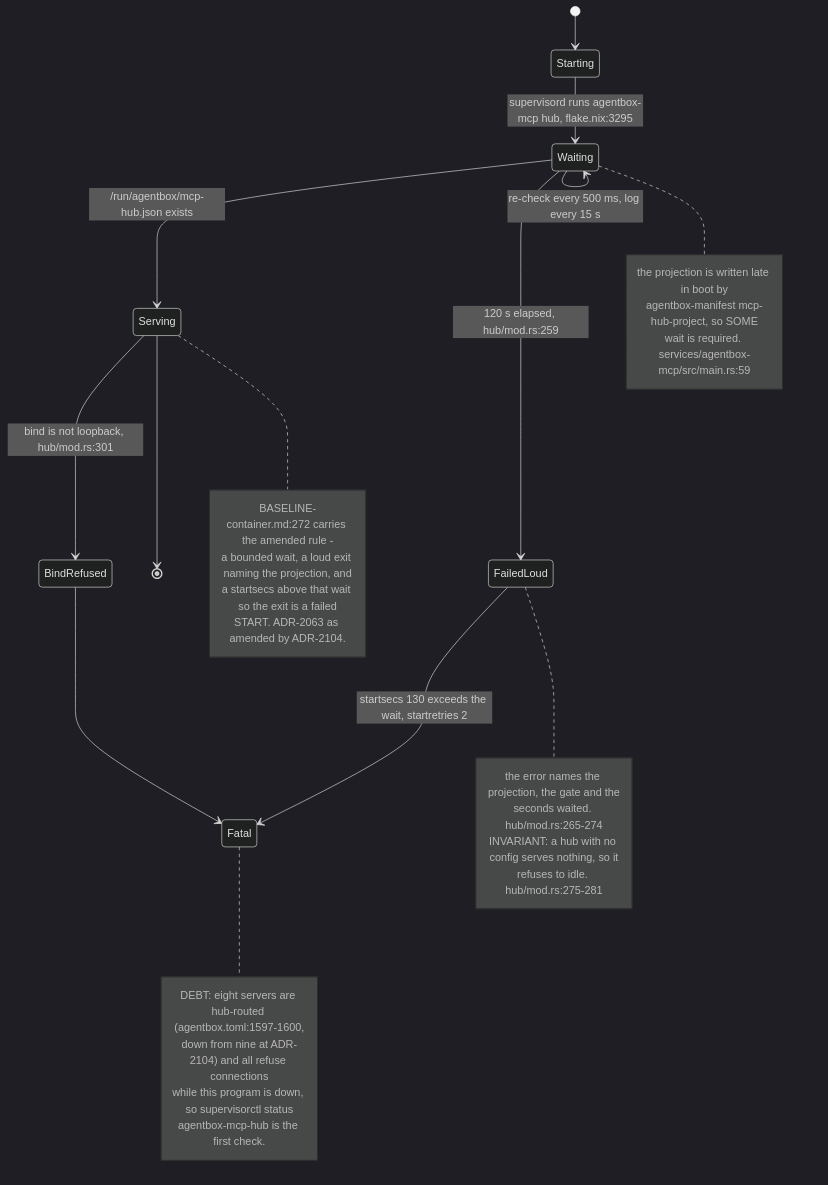
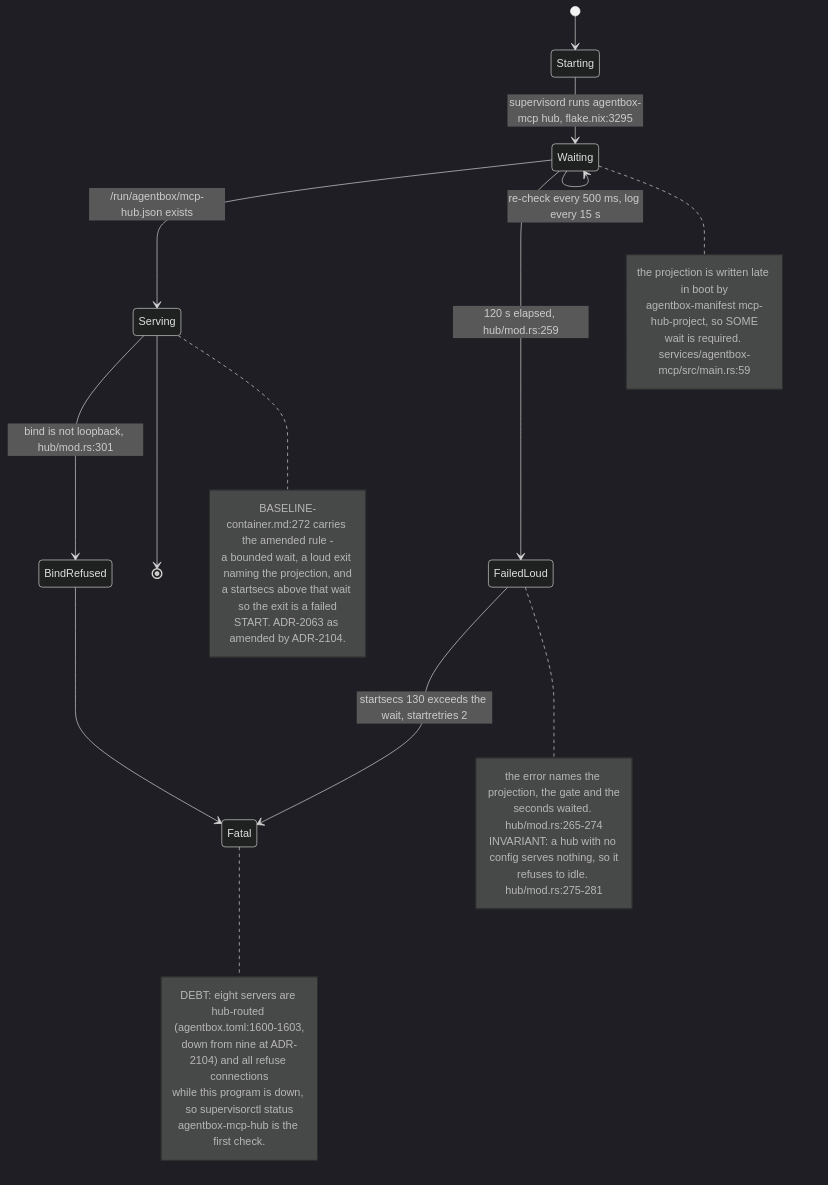
The seventh of 7 diagrams in docs/diagrams/agentbox/09-mcp-servers-catalogue.md (DreamLab-AI/VisionFlow), drawn with Mermaid (dark theme) before and after one commit. The commit also changed other lines of this file and 142 other files, not shown here.

First line of the commit message:
docs(diagrams): one System One route; re-verify 140 topics at today's heads

````diff
--- a/docs/diagrams/agentbox/09-mcp-servers-catalogue.md
+++ b/docs/diagrams/agentbox/09-mcp-servers-catalogue.md
@@ -224,35 +224,35 @@
 ```mermaid
 stateDiagram-v2
     [*] --> Starting
     Starting --> Waiting : supervisord runs agentbox-mcp hub, flake.nix:3295
     Waiting --> Serving : /run/agentbox/mcp-hub.json exists
     Waiting --> Waiting : re-check every 500 ms, log every 15 s
     Waiting --> FailedLoud : 120 s elapsed, hub/mod.rs:259
     Serving --> BindRefused : bind is not loopback, hub/mod.rs:301
     FailedLoud --> Fatal : startsecs 130 exceeds the wait, startretries 2
     BindRefused --> Fatal
     Serving --> [*]
     note right of Waiting
         the projection is written late in boot by
         agentbox-manifest mcp-hub-project, so SOME
         wait is required. services/agentbox-mcp/src/main.rs:59
     end note
     note right of FailedLoud
         the error names the projection, the gate and the
         seconds waited. hub/mod.rs:265-274
         INVARIANT: a hub with no config serves nothing, so it
         refuses to idle. hub/mod.rs:275-281
     end note
     note right of Serving
         BASELINE-container.md:272 carries the amended rule -
         a bounded wait, a loud exit naming the projection, and
         a startsecs above that wait so the exit is a failed
         START. ADR-2063 as amended by ADR-2104.
     end note
     note right of Fatal
-        DEBT: eight servers are hub-routed (agentbox.toml:1597-1600,
+        DEBT: eight servers are hub-routed (agentbox.toml:1600-1603,
         down from nine at ADR-2104) and all refuse connections
         while this program is down, so supervisorctl status
         agentbox-mcp-hub is the first check.
     end note
 ```
````
